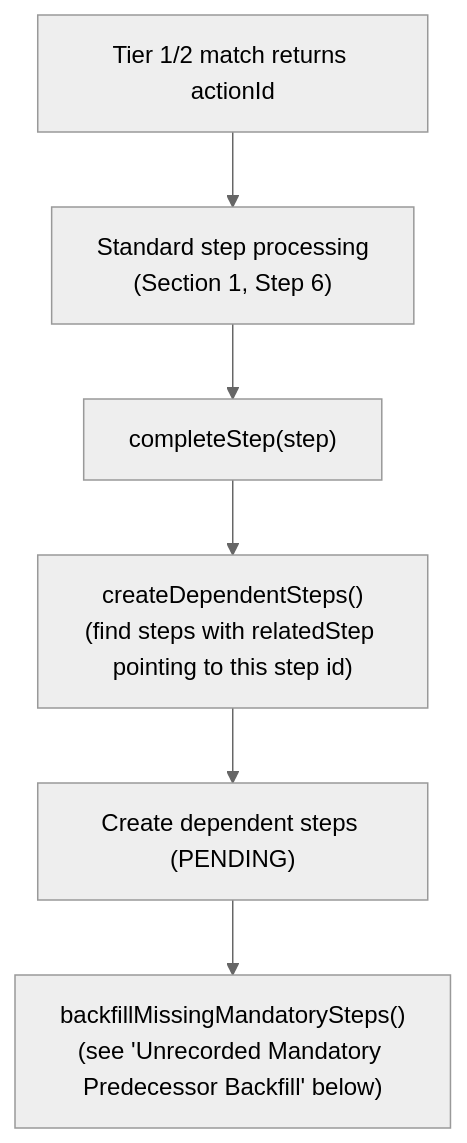
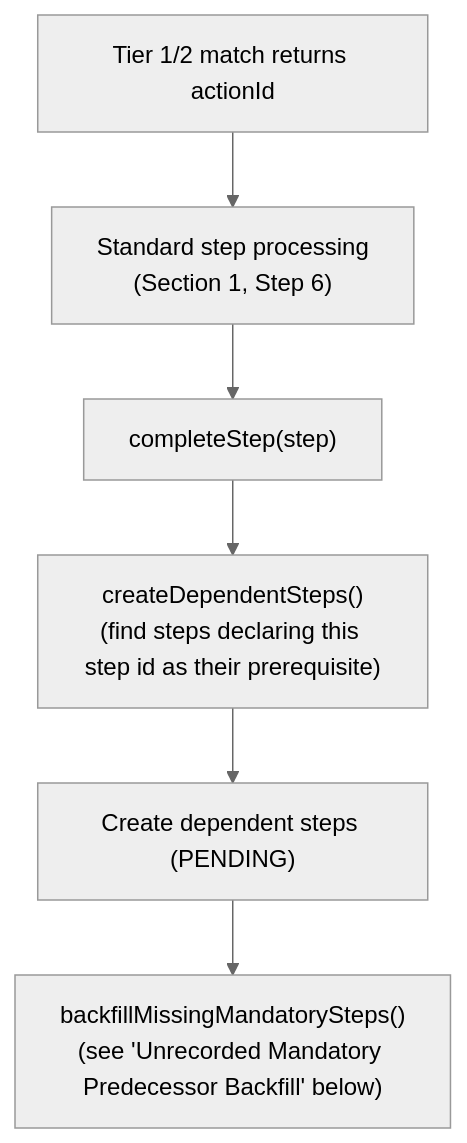
The tenth of 12 diagrams in docs/flow-diagrams.md (Jayaprakash8887/cce-compliance-service), drawn with Mermaid (neutral theme) before and after one commit. The commit also changed other lines of this file and 17 other files, not shown here.

````diff
--- a/docs/flow-diagrams.md
+++ b/docs/flow-diagrams.md
@@ -519,8 +519,8 @@
 ```mermaid
 flowchart TD
     MATCH["Tier 1/2 match returns actionId"] --> NORMAL["Standard step processing<br/>(Section 1, Step 6)"]
     NORMAL --> COMPLETE["completeStep(step)"]
-    COMPLETE --> DEPS["createDependentSteps()<br/>(find steps with relatedStep pointing to this step id)"]
+    COMPLETE --> DEPS["createDependentSteps()<br/>(find steps declaring this step id as their prerequisite)"]
     DEPS --> CREATED["Create dependent steps (PENDING)"]
     CREATED --> BACKFILL["backfillMissingMandatorySteps()<br/>(see 'Unrecorded Mandatory Predecessor Backfill' below)"]
 ```
````
